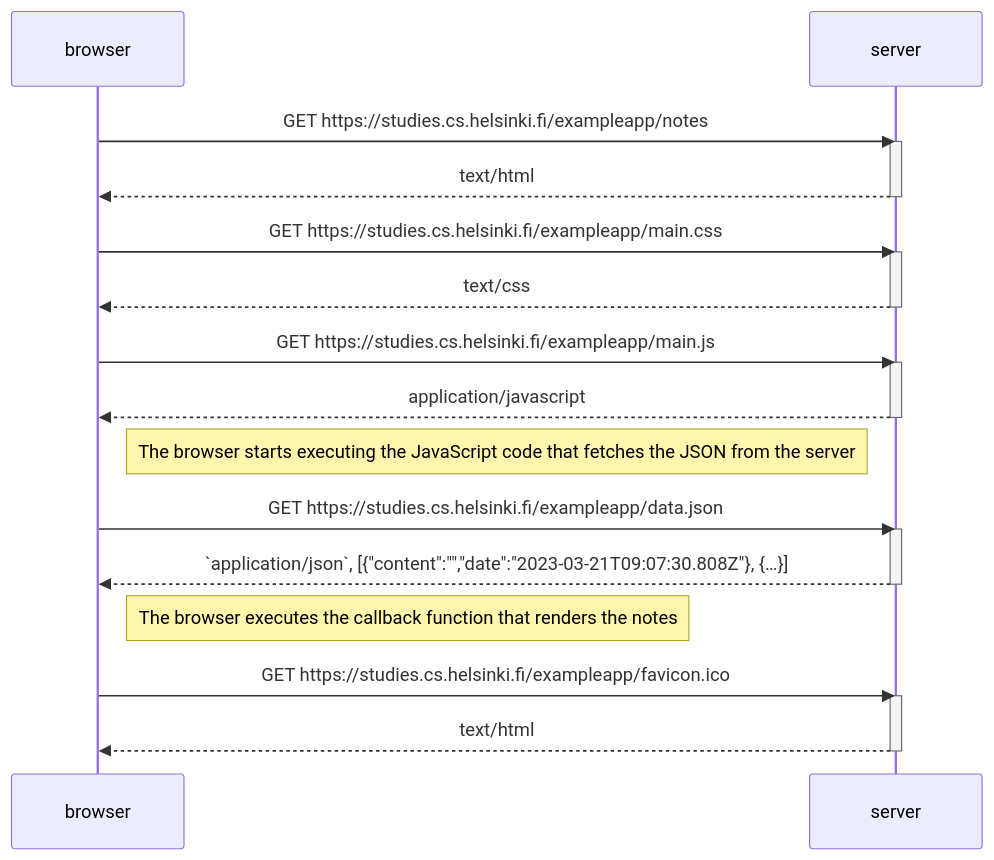
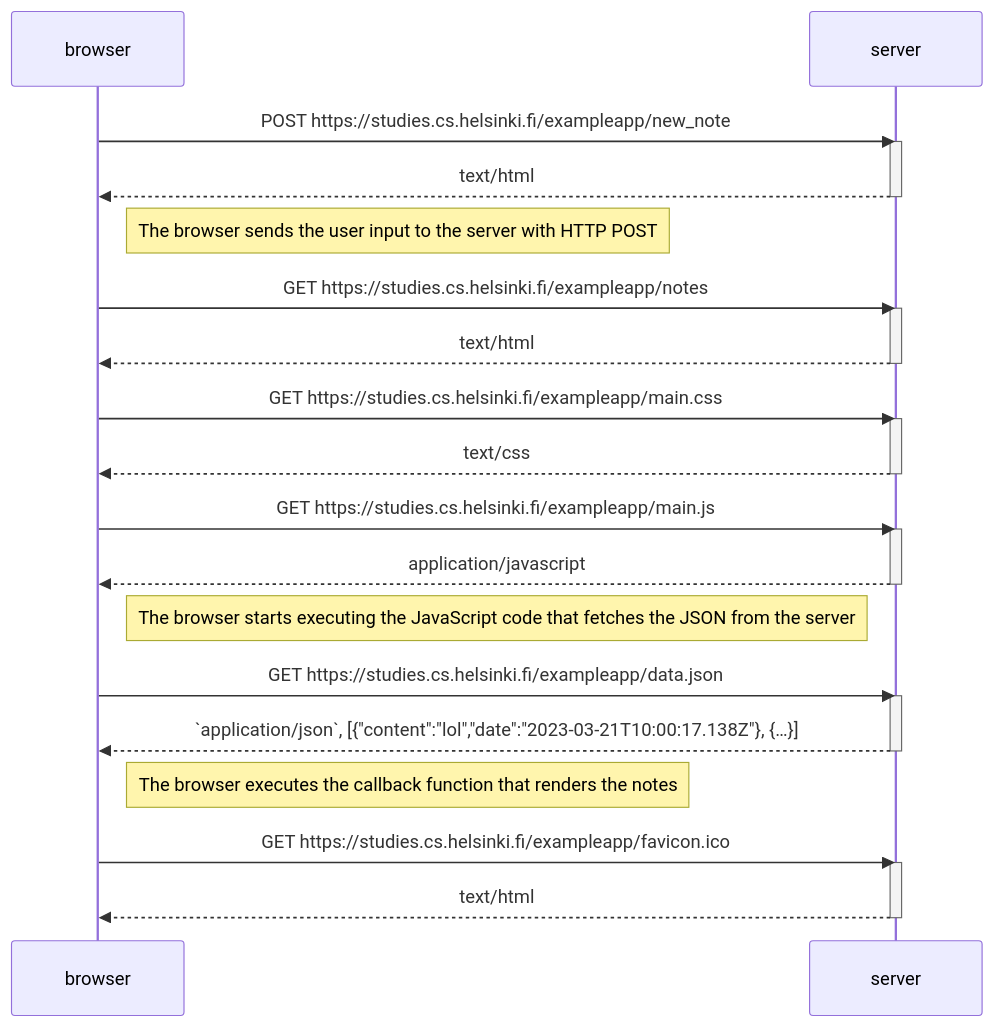
Before and after one commit to jamiewilson/fullstackopen: the diagram in part0/newNoteDiagram.md, drawn with Mermaid.

Commit message:
updating diagram to show new_note sequence

````diff
--- a/part0/newNoteDiagram.md
+++ b/part0/newNoteDiagram.md
@@ -1,34 +1,41 @@
 ```mermaid
 sequenceDiagram
   participant browser
   participant server
 
+  browser->>server: POST https://studies.cs.helsinki.fi/exampleapp/new_note
+  activate server
+  server-->>browser: text/html
+  deactivate server
+
+  Note right of browser: The browser sends the user input to the server with HTTP POST
+  
   browser->>server: GET https://studies.cs.helsinki.fi/exampleapp/notes
   activate server
   server-->>browser: text/html
   deactivate server
 
   browser->>server: GET https://studies.cs.helsinki.fi/exampleapp/main.css
   activate server
   server-->>browser: text/css
   deactivate server
 
   browser->>server: GET https://studies.cs.helsinki.fi/exampleapp/main.js
   activate server
   server-->>browser: application/javascript
   deactivate server
 
   Note right of browser: The browser starts executing the JavaScript code that fetches the JSON from the server
 
   browser->>server: GET https://studies.cs.helsinki.fi/exampleapp/data.json
   activate server
-  server-->>browser: `application/json`, [{"content":"","date":"2023-03-21T09:07:30.808Z"}, {…}]
+  server-->>browser: `application/json`, [{"content":"lol","date":"2023-03-21T10:00:17.138Z"}, {…}]
   deactivate server
 
   Note right of browser: The browser executes the callback function that renders the notes
 
   browser->>server: GET https://studies.cs.helsinki.fi/exampleapp/favicon.ico
   activate server
   server-->>browser: text/html
   deactivate server
 ```
````
